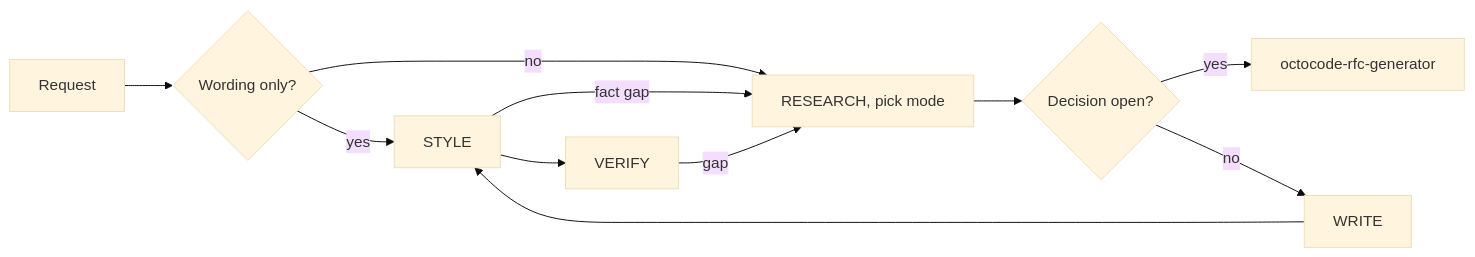
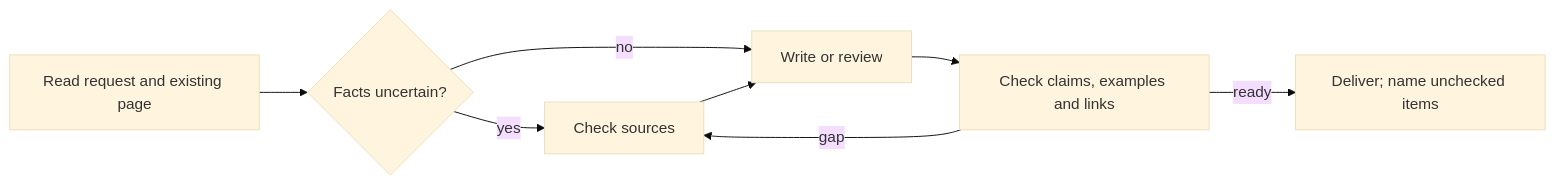
Before and after one commit to bgauryy/octocode-mcp: the diagram in skills/octocode-documentation/SKILL.md, drawn with Mermaid (base theme). The commit also changed other lines of this file and 839 other files, not shown here.

Commit message:
update flow

````diff
--- a/skills/octocode-documentation/SKILL.md
+++ b/skills/octocode-documentation/SKILL.md
@@ -10,11 +9,9 @@
 ```mermaid
 flowchart LR
-  A[Request] --> M{Wording only?}
-  M -- yes --> S[STYLE]
-  M -- no --> R[RESEARCH, pick mode]
-  R --> D{Decision open?}
-  D -- yes --> RFC[octocode-rfc-generator]
-  D -- no --> W[WRITE] --> S --> V[VERIFY]
-  S -- fact gap --> R
-  V -- gap --> R
+  A[Read request and existing page] --> B{Facts uncertain?}
+  B -- yes --> C[Check sources]
+  B -- no --> D[Write or review]
+  C --> D --> E[Check claims, examples and links]
+  E -- gap --> C
+  E -- ready --> F[Deliver; name unchecked items]
 ```
````
